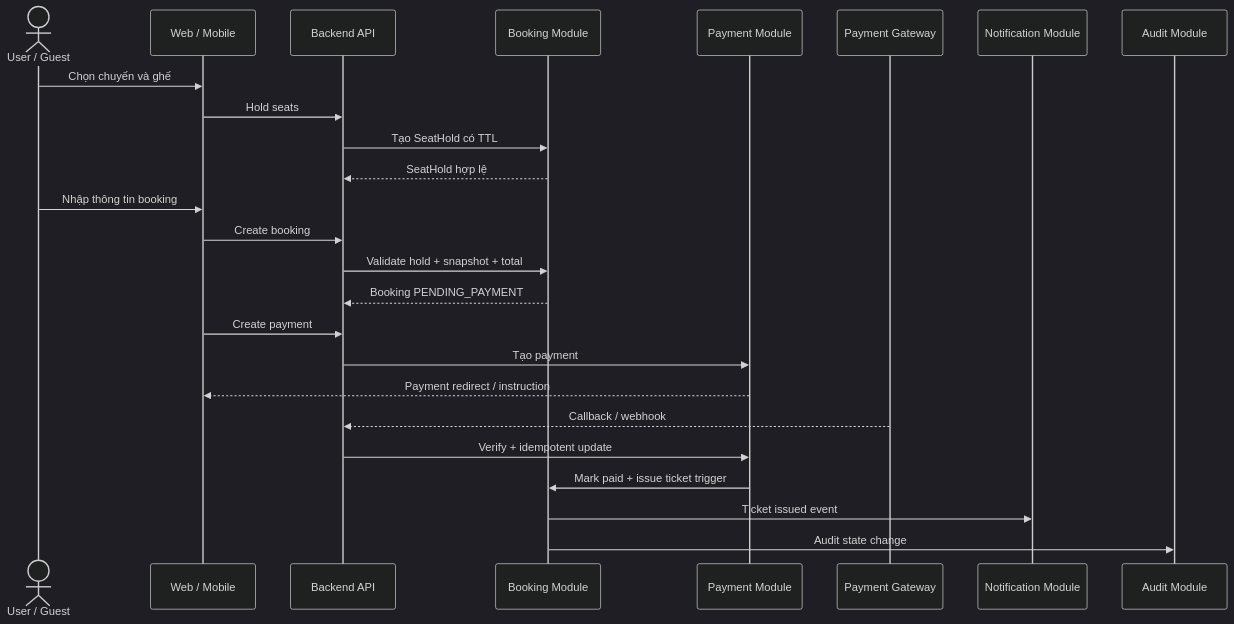
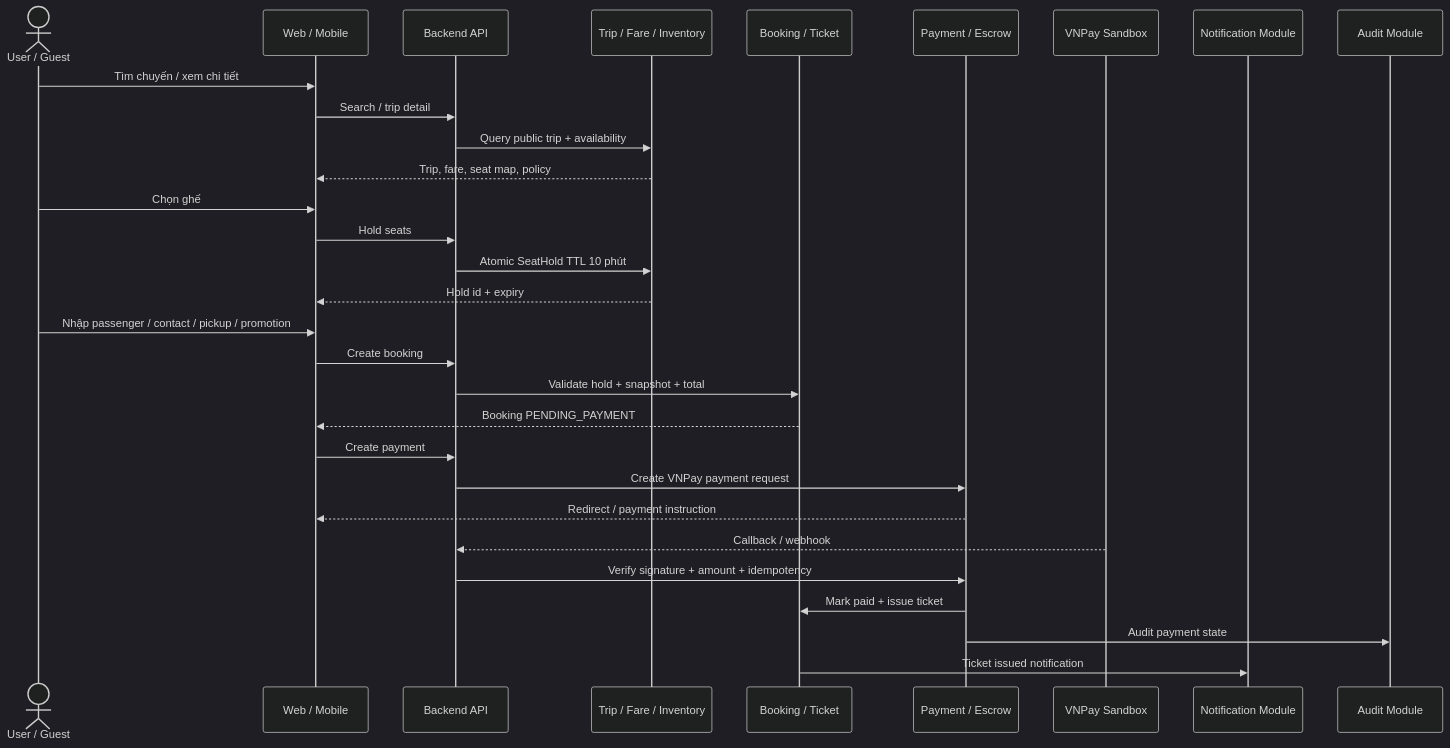
The third of 8 diagrams in doc/vi/SDLC/02-hld-he-thong-dat-ve-xe-khach.md (nhkhanhyn0410/Ve_Xe_Nhanh_NestJS_NextJs_ReactNative), drawn with Mermaid (dark theme) before and after one commit. The commit also changed other lines of this file and 3 other files, not shown here.

````diff
--- a/doc/vi/SDLC/02-hld-he-thong-dat-ve-xe-khach.md
+++ b/doc/vi/SDLC/02-hld-he-thong-dat-ve-xe-khach.md
@@ -287,28 +561,33 @@
 ```mermaid
 sequenceDiagram
     actor U as User / Guest
     participant FE as Web / Mobile
     participant API as Backend API
-    participant B as Booking Module
-    participant P as Payment Module
-    participant PG as Payment Gateway
+    participant INV as Trip / Fare / Inventory
+    participant B as Booking / Ticket
+    participant P as Payment / Escrow
+    participant PG as VNPay Sandbox
     participant N as Notification Module
     participant A as Audit Module
 
-    U->>FE: Chọn chuyến và ghế
+    U->>FE: Tìm chuyến / xem chi tiết
+    FE->>API: Search / trip detail
+    API->>INV: Query public trip + availability
+    INV-->>FE: Trip, fare, seat map, policy
+    U->>FE: Chọn ghế
     FE->>API: Hold seats
-    API->>B: Tạo SeatHold có TTL
-    B-->>API: SeatHold hợp lệ
-    U->>FE: Nhập thông tin booking
+    API->>INV: Atomic SeatHold TTL 10 phút
+    INV-->>FE: Hold id + expiry
+    U->>FE: Nhập passenger / contact / pickup / promotion
     FE->>API: Create booking
     API->>B: Validate hold + snapshot + total
-    B-->>API: Booking PENDING_PAYMENT
+    B-->>FE: Booking PENDING_PAYMENT
     FE->>API: Create payment
-    API->>P: Tạo payment
-    P-->>FE: Payment redirect / instruction
+    API->>P: Create VNPay payment request
+    P-->>FE: Redirect / payment instruction
     PG-->>API: Callback / webhook
-    API->>P: Verify + idempotent update
-    P->>B: Mark paid + issue ticket trigger
-    B->>N: Ticket issued event
-    B->>A: Audit state change
+    API->>P: Verify signature + amount + idempotency
+    P->>B: Mark paid + issue ticket
+    P->>A: Audit payment state
+    B->>N: Ticket issued notification
 ```
````
